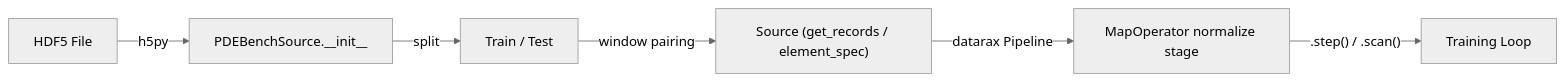
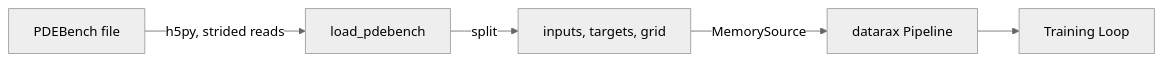
The diagram in docs/examples/data/pdebench-loading.md (avitai/opifex), drawn with Mermaid (neutral theme) before and after one commit. The commit also changed other lines of this file and 7 other files, not shown here.

````diff
--- a/docs/examples/data/pdebench-loading.md
+++ b/docs/examples/data/pdebench-loading.md
@@ -67,8 +60,7 @@
 ```mermaid
 graph LR
-    A["HDF5 File"] -->|h5py| B["PDEBenchSource.__init__"]
-    B -->|split| C["Train / Test"]
-    C -->|window pairing| D["Source (get_records / element_spec)"]
-    D -->|datarax Pipeline| E["MapOperator normalize stage"]
-    E -->|".step() / .scan()"| F["Training Loop"]
+    A["PDEBench file"] -->|"h5py, strided reads"| B["load_pdebench"]
+    B -->|"split"| C["inputs, targets, grid"]
+    C -->|"MemorySource"| D["datarax Pipeline"]
+    D --> E["Training Loop"]
 ```
````
